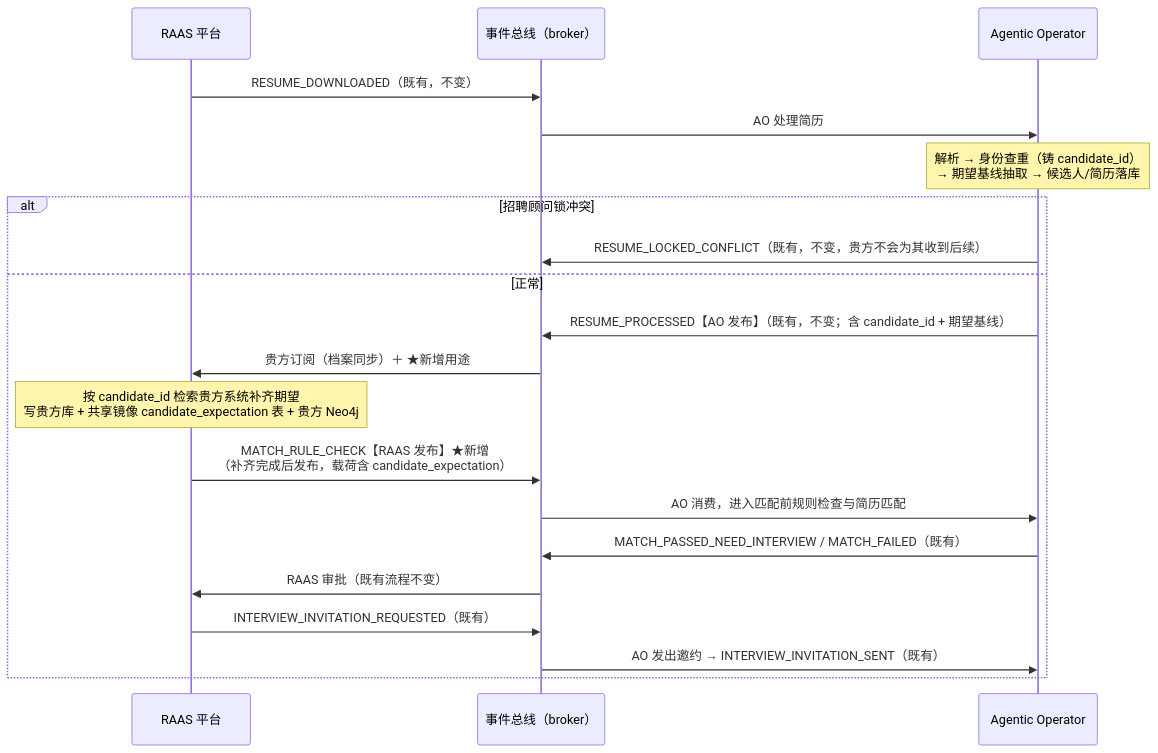
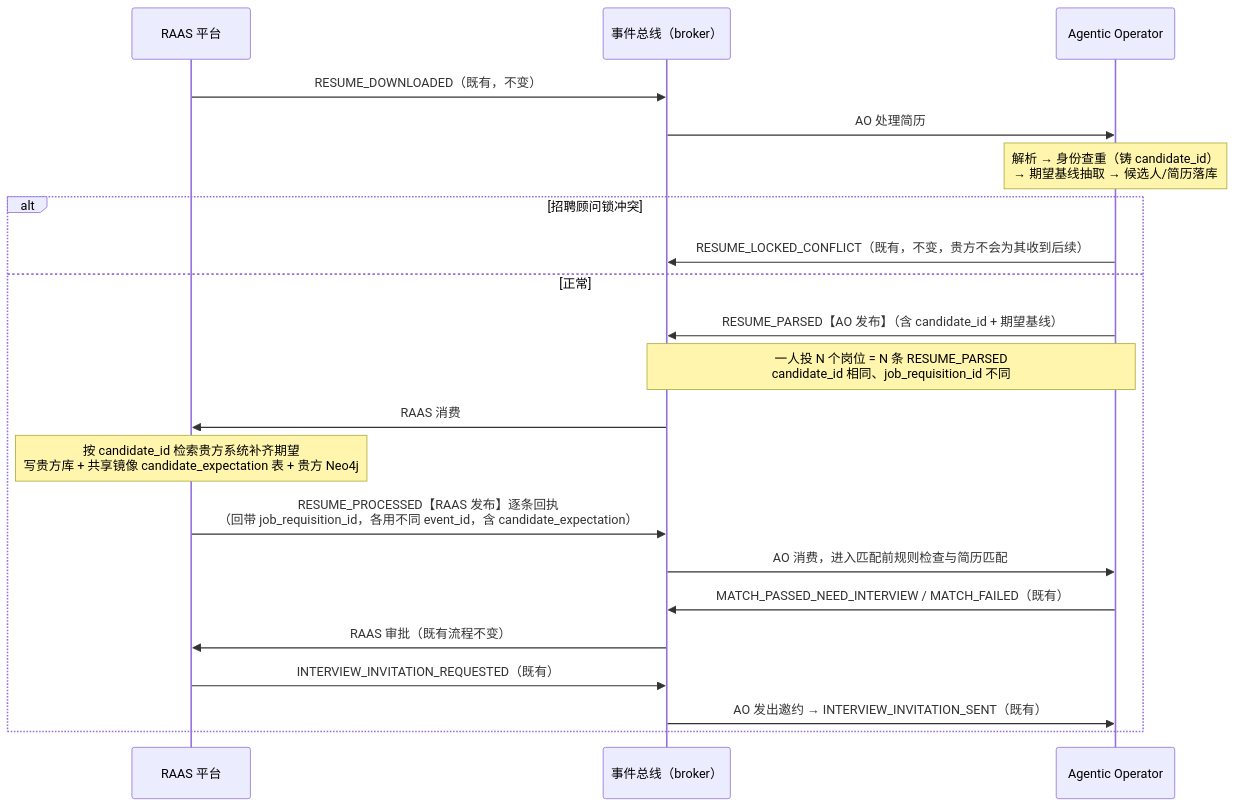
The diagram in docs/raas-v1-partner-integration-spec.md (stevenchengxy/agentic-operator), drawn with Mermaid before and after one commit. The commit also changed other lines of this file and 199 other files, not shown here.

````diff
--- a/docs/raas-v1-partner-integration-spec.md
+++ b/docs/raas-v1-partner-integration-spec.md
@@ -40,23 +44,24 @@
 ```mermaid
 sequenceDiagram
     participant RAAS as RAAS 平台
     participant B as 事件总线（broker）
     participant AO as Agentic Operator
 
     RAAS->>B: RESUME_DOWNLOADED（既有，不变）
     B->>AO: AO 处理简历
     Note over AO: 解析 → 身份查重（铸 candidate_id）<br/>→ 期望基线抽取 → 候选人/简历落库
     alt 招聘顾问锁冲突
         AO->>B: RESUME_LOCKED_CONFLICT（既有，不变，贵方不会为其收到后续）
     else 正常
-        AO->>B: RESUME_PROCESSED【AO 发布】（既有，不变；含 candidate_id + 期望基线）
-        B->>RAAS: 贵方订阅（档案同步）＋ ★新增用途
+        AO->>B: RESUME_PARSED【AO 发布】（含 candidate_id + 期望基线）
+        Note over AO,B: 一人投 N 个岗位 = N 条 RESUME_PARSED<br/>candidate_id 相同、job_requisition_id 不同
+        B->>RAAS: RAAS 消费
         Note over RAAS: 按 candidate_id 检索贵方系统补齐期望<br/>写贵方库 + 共享镜像 candidate_expectation 表 + 贵方 Neo4j
-        RAAS->>B: MATCH_RULE_CHECK【RAAS 发布】★新增<br/>（补齐完成后发布，载荷含 candidate_expectation）
+        RAAS->>B: RESUME_PROCESSED【RAAS 发布】逐条回执<br/>（回带 job_requisition_id，各用不同 event_id，含 candidate_expectation）
         B->>AO: AO 消费，进入匹配前规则检查与简历匹配
         AO->>B: MATCH_PASSED_NEED_INTERVIEW / MATCH_FAILED（既有）
         B->>RAAS: RAAS 审批（既有流程不变）
         RAAS->>B: INTERVIEW_INVITATION_REQUESTED（既有）
         B->>AO: AO 发出邀约 → INTERVIEW_INVITATION_SENT（既有）
     end
 ```
````
